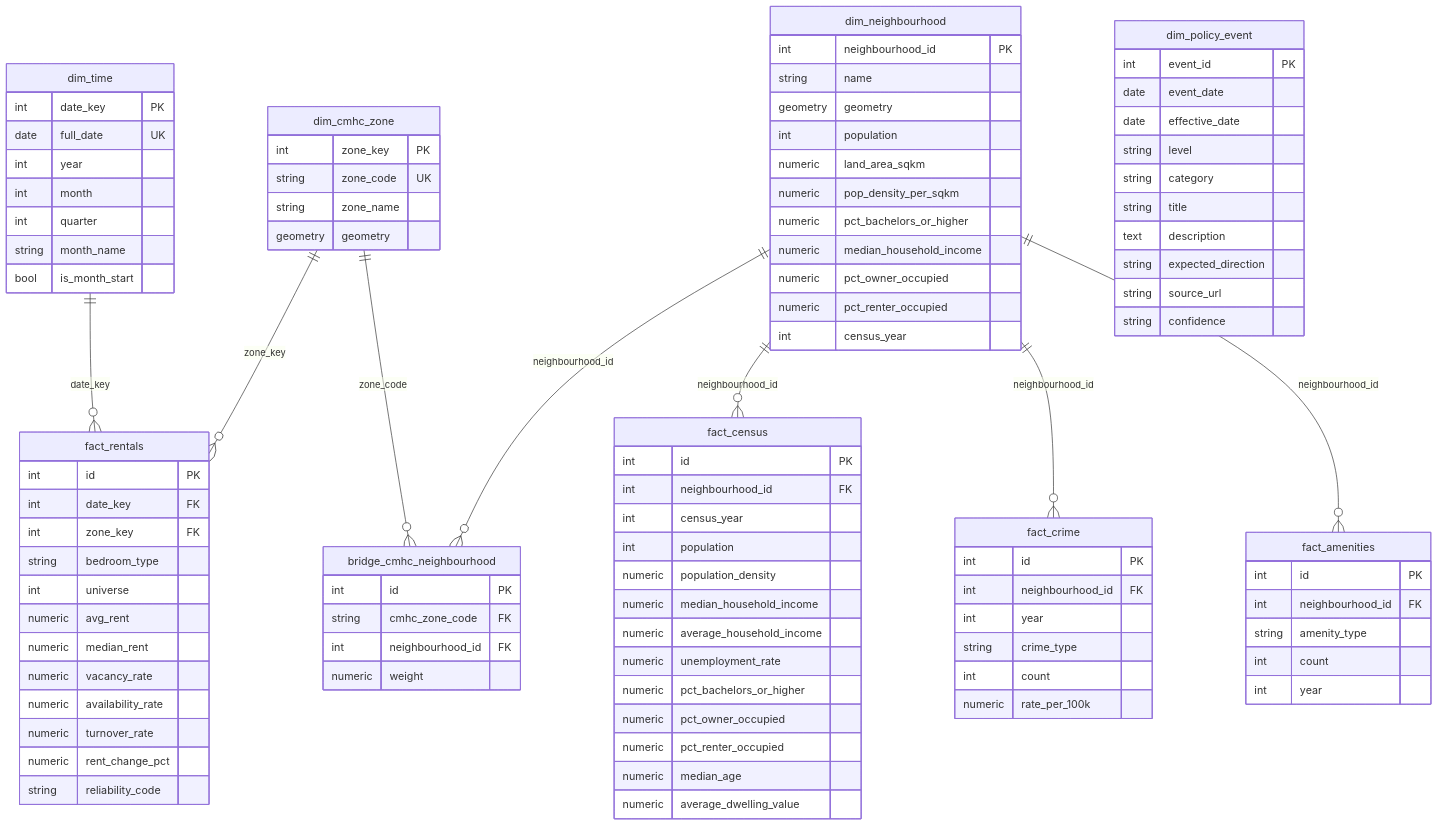
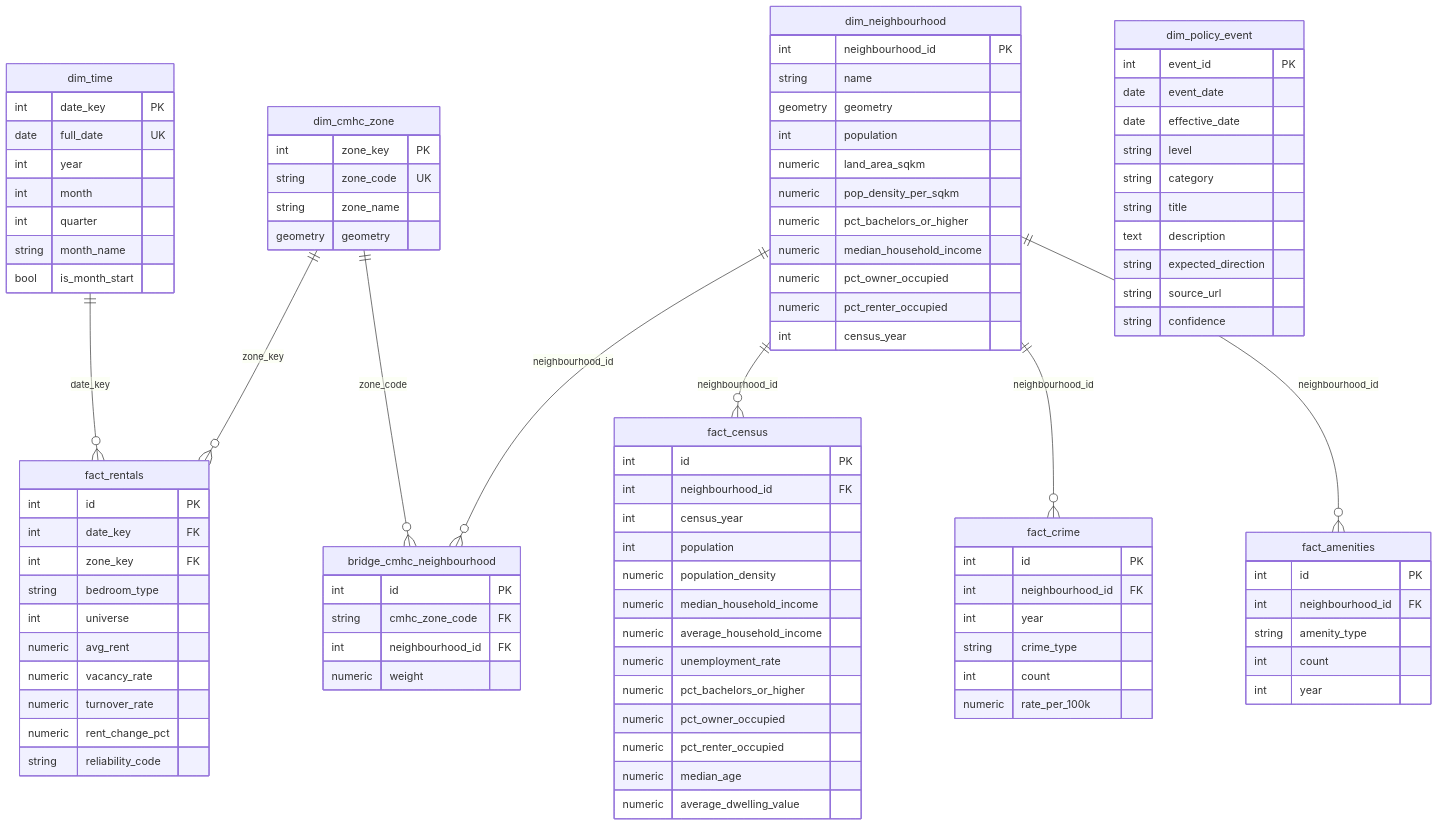
Before and after one commit to l3ocho/app-personal-portfolio-dataflow: the diagram in docs/DATABASE_SCHEMA.md, drawn with Mermaid. The commit also changed other lines of this file and 15 other files, not shown here.

```diff
--- a/docs/DATABASE_SCHEMA.md
+++ b/docs/DATABASE_SCHEMA.md
@@ -57,9 +57,7 @@
         string bedroom_type
         int universe
         numeric avg_rent
-        numeric median_rent
         numeric vacancy_rate
-        numeric availability_rate
         numeric turnover_rate
         numeric rent_change_pct
         string reliability_code
```
